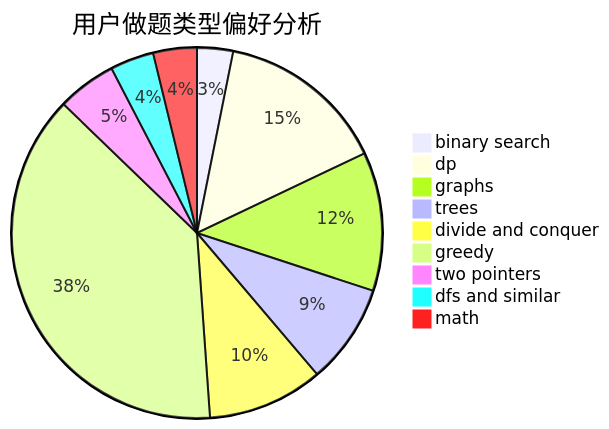
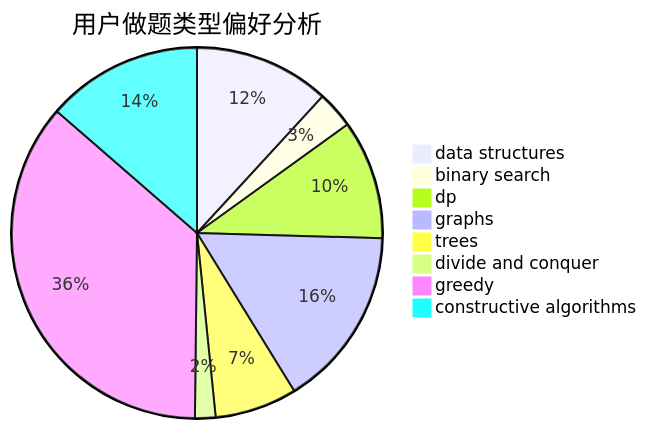
Before and after one commit to sherpahu/cfrs.github.io: the second of 3 diagrams in docs/user/u1515.md, drawn with Mermaid. The commit also changed other lines of this file and 2775 other files, not shown here.

````diff
--- a/docs/user/u1515.md
+++ b/docs/user/u1515.md
@@ -23,12 +23,11 @@
 ```mermaid
 pie title 用户做题类型偏好分析
-    "binary search" :  14
-    "dp" :  66
-    "graphs" :  54
-    "trees" :  39
-    "divide and conquer" :  45
-    "greedy" :  171
-    "two pointers" :  23
-    "dfs and similar" :  17
-    "math" :  17
+    "data structures" :  33
+    "binary search" :  9
+    "dp" :  29
+    "graphs" :  44
+    "trees" :  20
+    "divide and conquer" :  5
+    "greedy" :  101
+    "constructive algorithms" :  38
 ```
````
